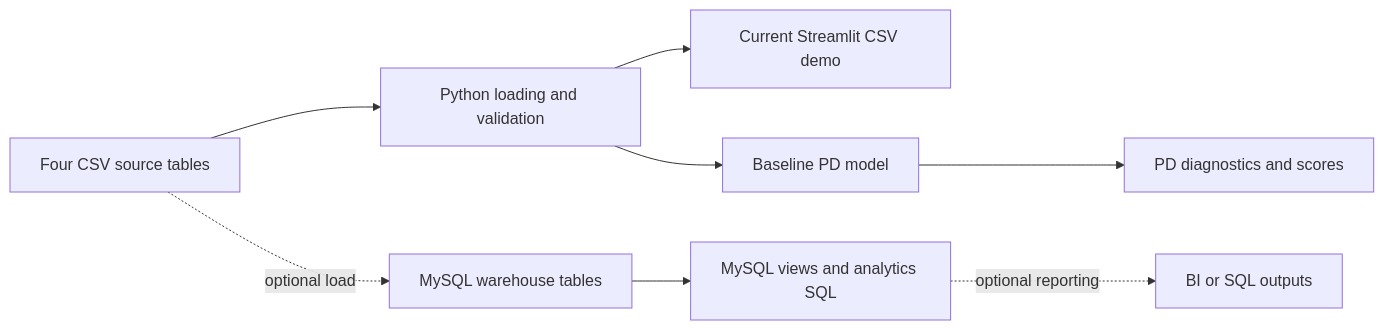
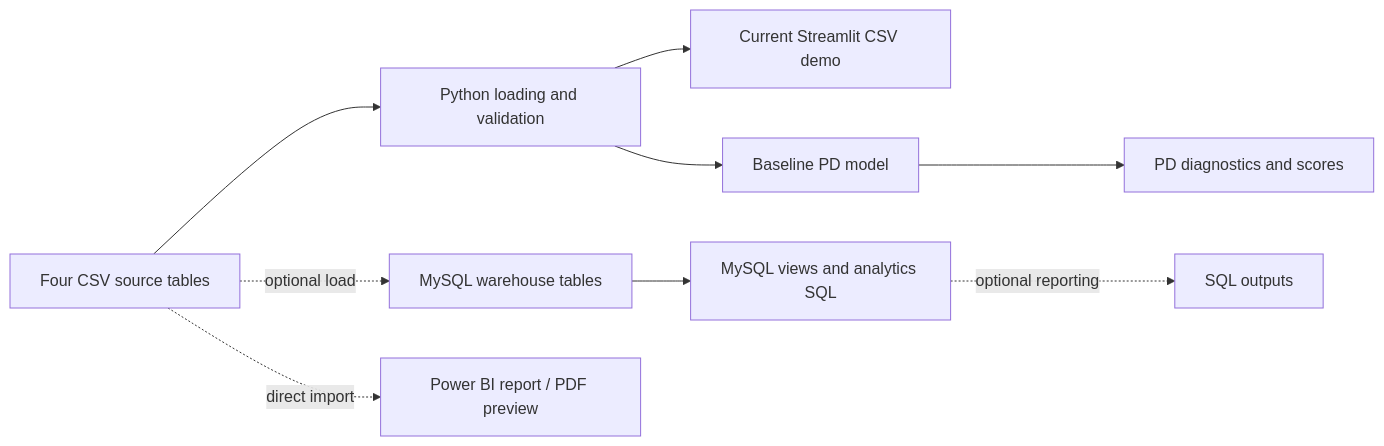
Before and after one commit to Vishal123-tech/Banking-Risk-Analytics-Platform-: the diagram in README.md, drawn with Mermaid. The commit also changed other lines of this file, not shown here.

Commit message:
Add CI badge and Power BI data flow

````diff
--- a/README.md
+++ b/README.md
@@ -127,10 +127,11 @@
 ```mermaid
 flowchart LR
     A[Four CSV source tables] --> B[Python loading and validation]
     B --> C[Current Streamlit CSV demo]
     A -. optional load .-> D[MySQL warehouse tables]
     D --> E[MySQL views and analytics SQL]
-    E -. optional reporting .-> F[BI or SQL outputs]
+    E -. optional reporting .-> F[SQL outputs]
     B --> G[Baseline PD model]
     G --> H[PD diagnostics and scores]
+    A -. direct import .-> I[Power BI report / PDF preview]
 ```
````
